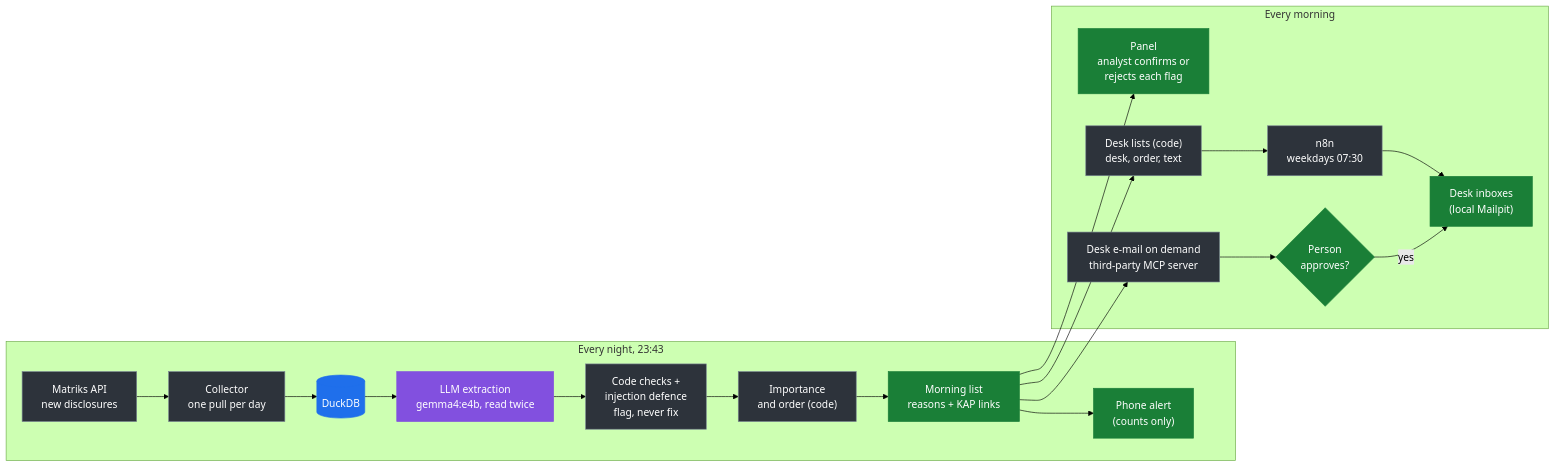
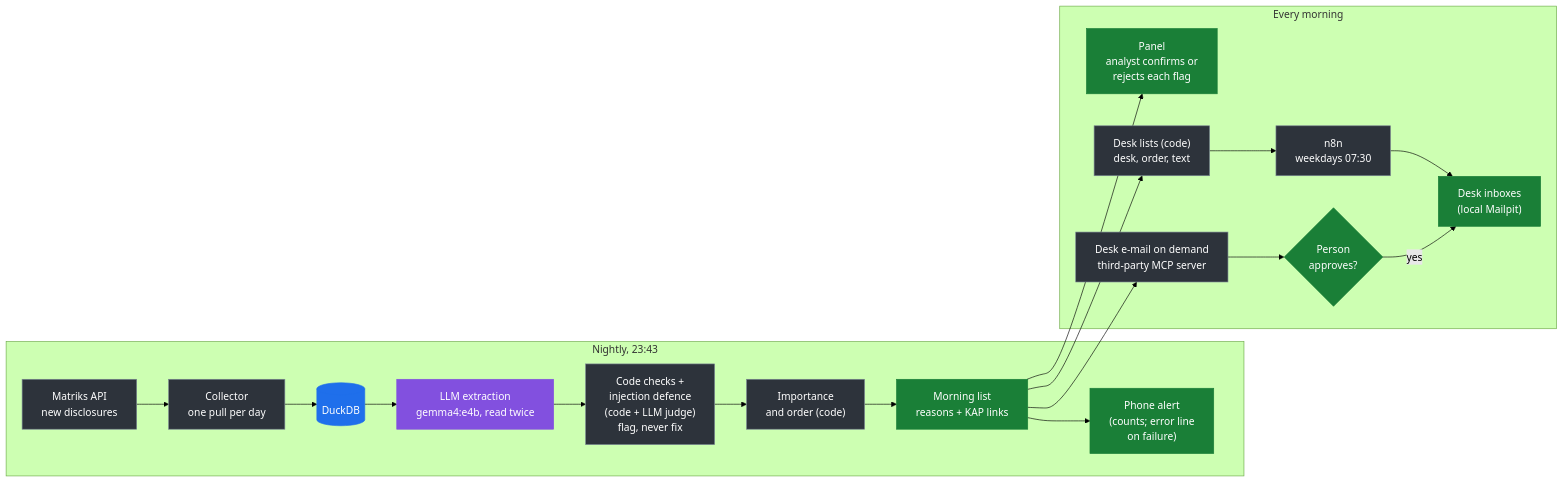
The first of 2 diagrams in README.md (sfeyzayildiz/kap-triage), drawn with Mermaid (forest theme) before and after one commit. The commit also changed other lines of this file and 51 other files, not shown here.

````diff
--- a/README.md
+++ b/README.md
@@ -59,25 +59,25 @@
 ```mermaid
 flowchart LR
     classDef llm fill:#8250df,stroke:#8250df,color:#ffffff
     classDef code fill:#2d333b,stroke:#768390,color:#ffffff
     classDef store fill:#1f6feb,stroke:#1f6feb,color:#ffffff
     classDef out fill:#1a7f37,stroke:#1a7f37,color:#ffffff
 
-    subgraph NIGHT["Every night, 23:43"]
+    subgraph NIGHT["Nightly, 23:43"]
         M["Matriks API<br/>new disclosures"]:::code --> C["Collector<br/>one pull per day"]:::code --> DB[("DuckDB")]:::store
         DB --> X["LLM extraction<br/>gemma4:e4b, read twice"]:::llm
-        X --> K["Code checks +<br/>injection defence<br/>flag, never fix"]:::code
+        X --> K["Code checks +<br/>injection defence<br/>(code + LLM judge)<br/>flag, never fix"]:::code
         K --> S["Importance<br/>and order (code)"]:::code
         S --> L["Morning list<br/>reasons + KAP links"]:::out
-        L --> AL["Phone alert<br/>(counts only)"]:::out
+        L --> AL["Phone alert<br/>(counts; error line<br/>on failure)"]:::out
     end
     subgraph MORNING["Every morning"]
         P["Panel<br/>analyst confirms or<br/>rejects each flag"]:::out
         API["Desk lists (code)<br/>desk, order, text"]:::code --> N["n8n<br/>weekdays 07:30"]:::code --> IN["Desk inboxes<br/>(local Mailpit)"]:::out
         OD["Desk e-mail on demand<br/>third-party MCP server"]:::code --> H{"Person<br/>approves?"}:::out
         H -- yes --> IN
     end
     L --> P
     L --> API
     L --> OD
 ```
````
